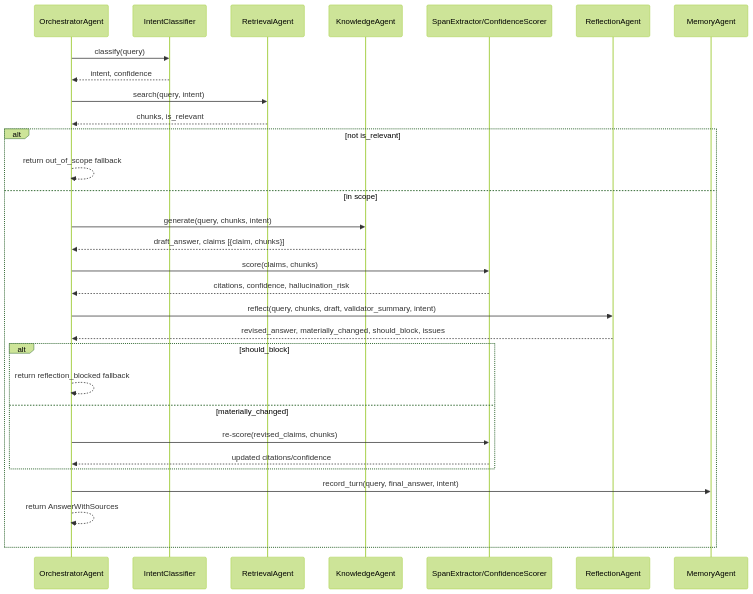
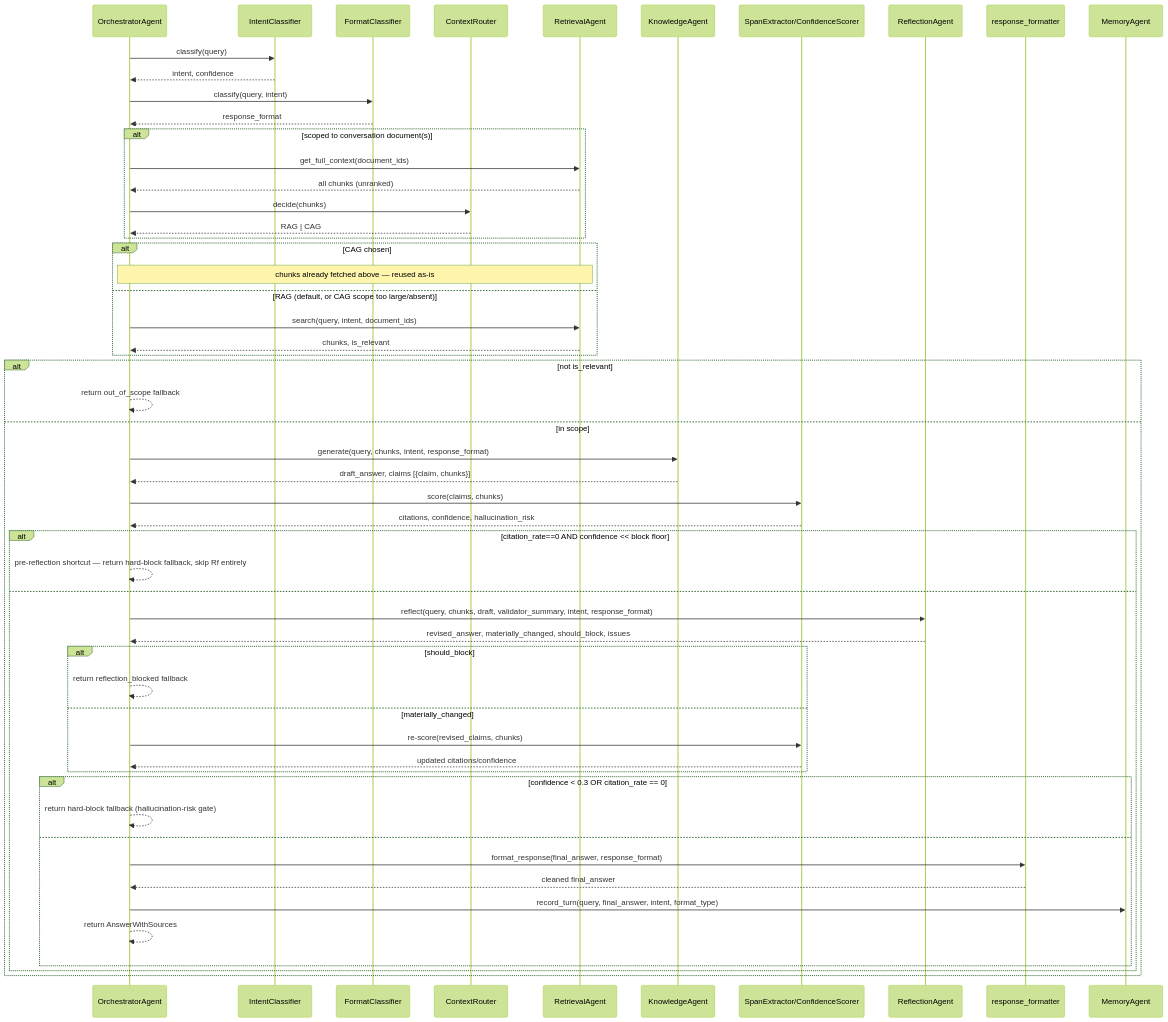
One commit to KSathwik/Exam_Preparation_Bot changed the second of 6 diagrams in docs/ARCHITECTURE.md. Above: the diagram before and after it, drawn with Mermaid (forest theme). The commit also changed other lines of this file and 50 other files, not shown here.

````diff
--- a/docs/ARCHITECTURE.md
+++ b/docs/ARCHITECTURE.md
@@ -35,33 +46,58 @@
 ```mermaid
 sequenceDiagram
     participant O as OrchestratorAgent
     participant IC as IntentClassifier
+    participant FC as FormatClassifier
+    participant CR as ContextRouter
     participant R as RetrievalAgent
     participant K as KnowledgeAgent
     participant V as SpanExtractor/ConfidenceScorer
     participant Rf as ReflectionAgent
+    participant Ft as response_formatter
     participant M as MemoryAgent
 
     O->>IC: classify(query)
     IC-->>O: intent, confidence
-    O->>R: search(query, intent)
-    R-->>O: chunks, is_relevant
+    O->>FC: classify(query, intent)
+    FC-->>O: response_format
+    alt scoped to conversation document(s)
+        O->>R: get_full_context(document_ids)
+        R-->>O: all chunks (unranked)
+        O->>CR: decide(chunks)
+        CR-->>O: RAG | CAG
+    end
+    alt CAG chosen
+        Note over O,R: chunks already fetched above — reused as-is
+    else RAG (default, or CAG scope too large/absent)
+        O->>R: search(query, intent, document_ids)
+        R-->>O: chunks, is_relevant
+    end
     alt not is_relevant
         O-->>O: return out_of_scope fallback
     else in scope
-        O->>K: generate(query, chunks, intent)
+        O->>K: generate(query, chunks, intent, response_format)
         K-->>O: draft_answer, claims [{claim, chunks}]
         O->>V: score(claims, chunks)
         V-->>O: citations, confidence, hallucination_risk
-        O->>Rf: reflect(query, chunks, draft, validator_summary, intent)
-        Rf-->>O: revised_answer, materially_changed, should_block, issues
-        alt should_block
-            O-->>O: return reflection_blocked fallback
-        else materially_changed
-            O->>V: re-score(revised_claims, chunks)
-            V-->>O: updated citations/confidence
+        alt citation_rate==0 AND confidence << block floor
+            O-->>O: pre-reflection shortcut — return hard-block fallback, skip Rf entirely
+        else
+            O->>Rf: reflect(query, chunks, draft, validator_summary, intent, response_format)
+            Rf-->>O: revised_answer, materially_changed, should_block, issues
+            alt should_block
+                O-->>O: return reflection_blocked fallback
+            else materially_changed
+                O->>V: re-score(revised_claims, chunks)
+                V-->>O: updated citations/confidence
+            end
+            alt confidence < 0.3 OR citation_rate == 0
+                O-->>O: return hard-block fallback (hallucination-risk gate)
+            else
+                O->>Ft: format_response(final_answer, response_format)
+                Ft-->>O: cleaned final_answer
+                O->>M: record_turn(query, final_answer, intent, format_type)
+                O-->>O: return AnswerWithSources
+            end
         end
-        O->>M: record_turn(query, final_answer, intent)
-        O-->>O: return AnswerWithSources
     end
 ```
````
